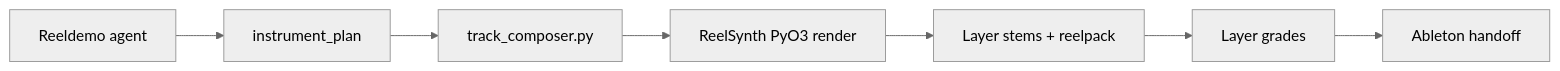
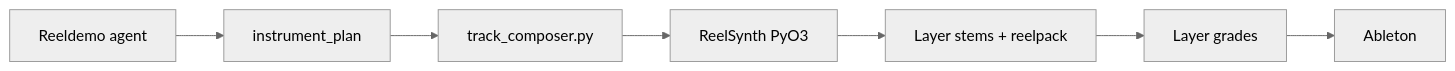
Before and after one commit to reeldemo/reelsynth: the diagram in docs/REELDEMO_INTEGRATION.md, drawn with Mermaid (neutral theme). The commit also changed other lines of this file and 20 other files, not shown here.

````diff
--- a/docs/REELDEMO_INTEGRATION.md
+++ b/docs/REELDEMO_INTEGRATION.md
@@ -17,9 +17,9 @@
 ```mermaid
 flowchart LR
   Agent[Reeldemo agent] --> Plan[instrument_plan]
   Plan --> Composer[track_composer.py]
-  Composer --> RS[ReelSynth PyO3 render]
+  Composer --> RS[ReelSynth PyO3]
   RS --> Stems[Layer stems + reelpack]
   Stems --> Grade[Layer grades]
-  Grade --> Handover[Ableton handoff]
+  Grade --> Handover[Ableton]
 ```
````
